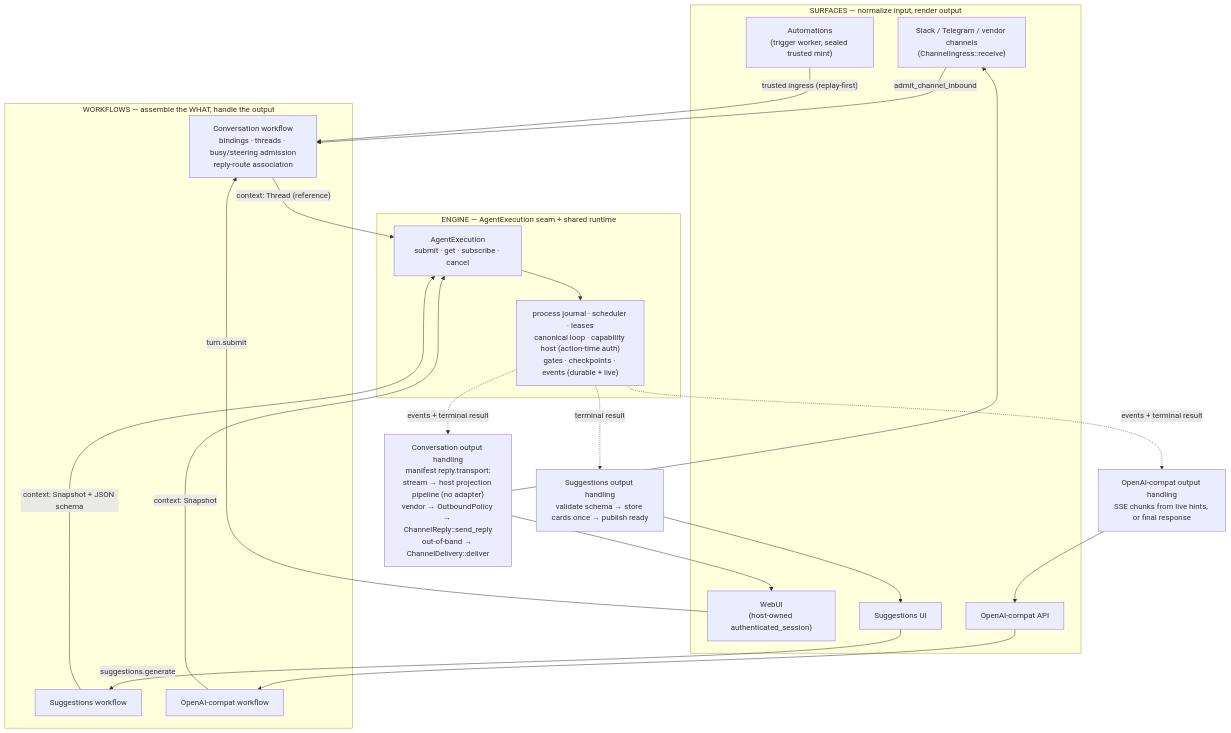
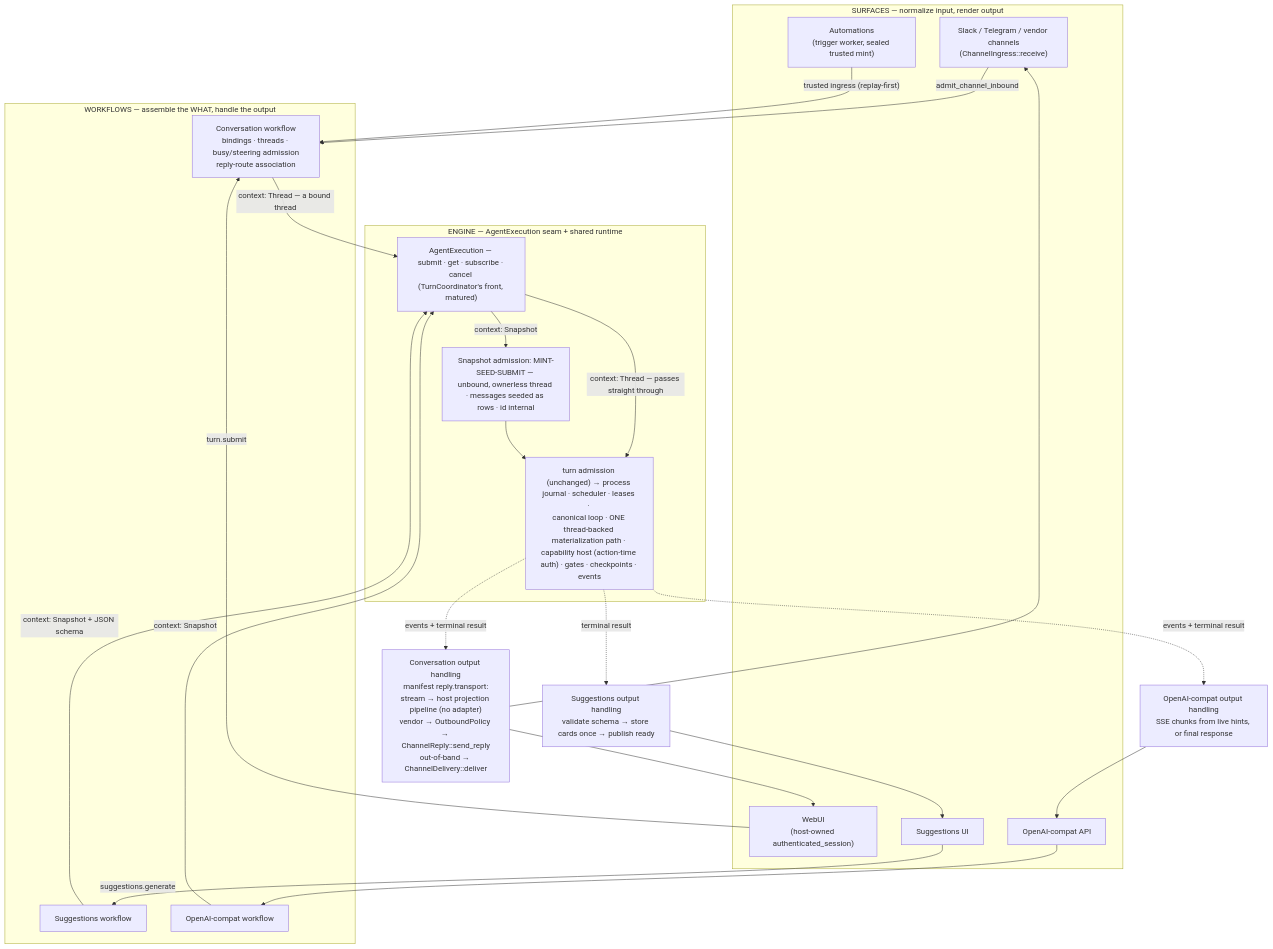
The diagram in docs/internal/design/2026-08-12-agent-execution-architecture.md (linhongyu510/ironclaw), drawn with Mermaid before and after one commit. The commit also changed 1 other file, not shown here.

Commit message:
docs(internal): update both diagrams to the converged model
The two mermaid diagrams still showed the pre-convergence picture. Both
now show mint-seed-submit behind the door (Snapshot → unbound, ownerless
thread → the same unchanged turn admission) and the single thread-backed
materialization path; the seam node is labeled as TurnCoordinator's
front, matured. Labels reflowed so renderers that strip <br/> tags keep
readable spacing.

````diff
--- a/docs/internal/design/2026-08-12-agent-execution-architecture.md
+++ b/docs/internal/design/2026-08-12-agent-execution-architecture.md
@@ -46,41 +46,43 @@
 ```mermaid
 flowchart TB
     subgraph Surfaces["SURFACES — normalize input, render output"]
         Slack["Slack / Telegram / vendor channels<br/>(ChannelIngress::receive)"]
         WebUI["WebUI<br/>(host-owned authenticated_session)"]
         Trig["Automations<br/>(trigger worker, sealed trusted mint)"]
         SuggUI["Suggestions UI"]
         OAIApi["OpenAI-compat API"]
     end
 
     subgraph Workflows["WORKFLOWS — assemble the WHAT, handle the output"]
         Conv["Conversation workflow<br/>bindings · threads · busy/steering admission<br/>reply-route association"]
         Sugg["Suggestions workflow"]
         Compat["OpenAI-compat workflow"]
     end
 
     subgraph Engine["ENGINE — AgentExecution seam + shared runtime"]
-        AE["AgentExecution<br/>submit · get · subscribe · cancel"]
-        RT["process journal · scheduler · leases<br/>canonical loop · capability host (action-time auth)<br/>gates · checkpoints · events (durable + live)"]
-        AE --> RT
+        AE["AgentExecution — <br/>submit · get · subscribe · cancel <br/>(TurnCoordinator's front, matured)"]
+        MINT["Snapshot admission: MINT-SEED-SUBMIT — <br/>unbound, ownerless thread · messages seeded as rows · id internal"]
+        RT["turn admission (unchanged) → process journal · scheduler · leases · <br/>canonical loop · ONE thread-backed materialization path · <br/>capability host (action-time auth) · gates · checkpoints · events"]
+        AE -->|"context: Thread — passes straight through"| RT
+        AE -->|"context: Snapshot"| MINT --> RT
     end
 
     Slack -->|"admit_channel_inbound"| Conv
     WebUI -->|"turn.submit"| Conv
     Trig -->|"trusted ingress (replay-first)"| Conv
     SuggUI -->|"suggestions.generate"| Sugg
     OAIApi --> Compat
 
-    Conv -->|"context: Thread (reference)"| AE
+    Conv -->|"context: Thread — a bound thread"| AE
     Sugg -->|"context: Snapshot + JSON schema"| AE
     Compat -->|"context: Snapshot"| AE
 
     RT -.->|"events + terminal result"| ConvOut["Conversation output handling<br/>manifest reply.transport:<br/>stream → host projection pipeline (no adapter)<br/>vendor → OutboundPolicy → ChannelReply::send_reply<br/>out-of-band → ChannelDelivery::deliver"]
     RT -.->|"terminal result"| SuggOut["Suggestions output handling<br/>validate schema → store cards once → publish ready"]
     RT -.->|"events + terminal result"| CompatOut["OpenAI-compat output handling<br/>SSE chunks from live hints, or final response"]
 
     ConvOut --> Slack
     ConvOut --> WebUI
     SuggOut --> SuggUI
     CompatOut --> OAIApi
 ```
````
